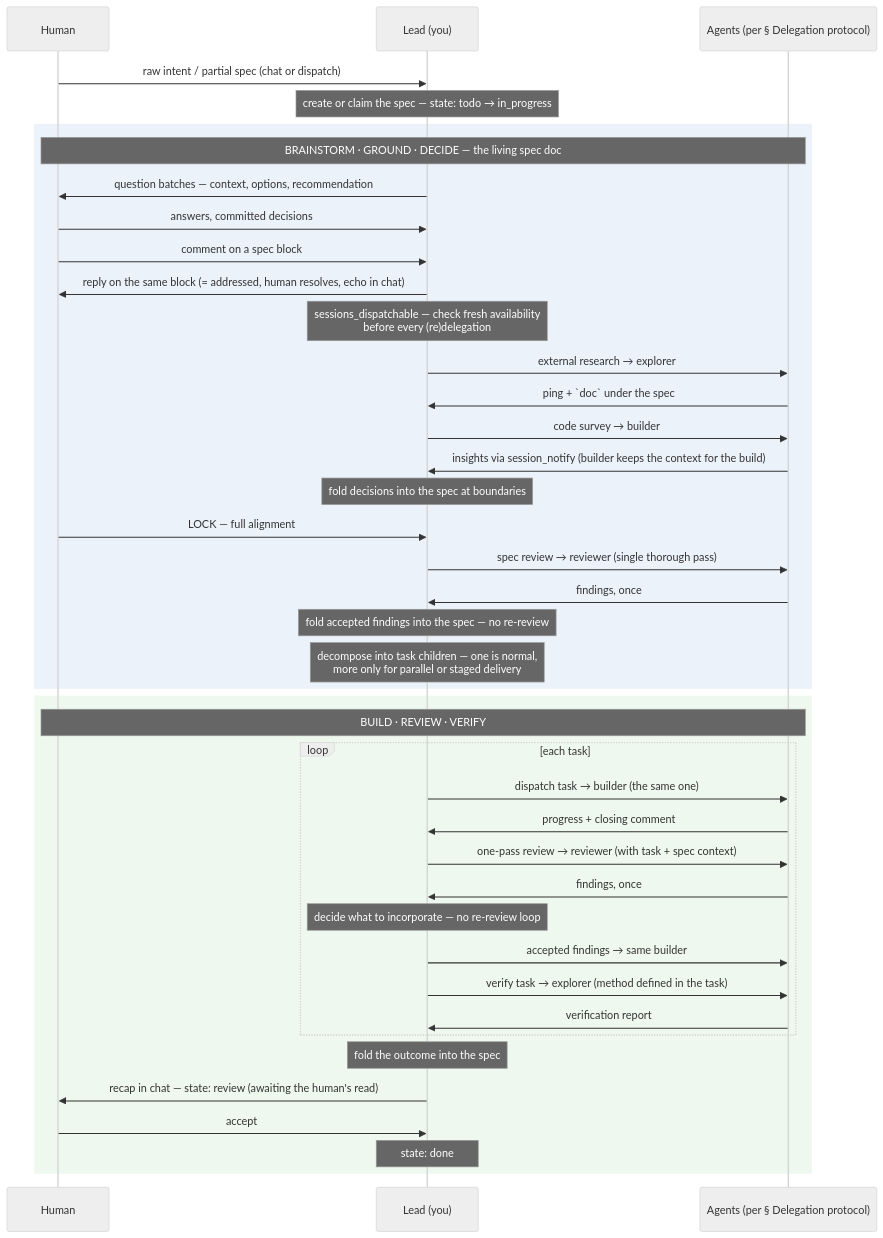
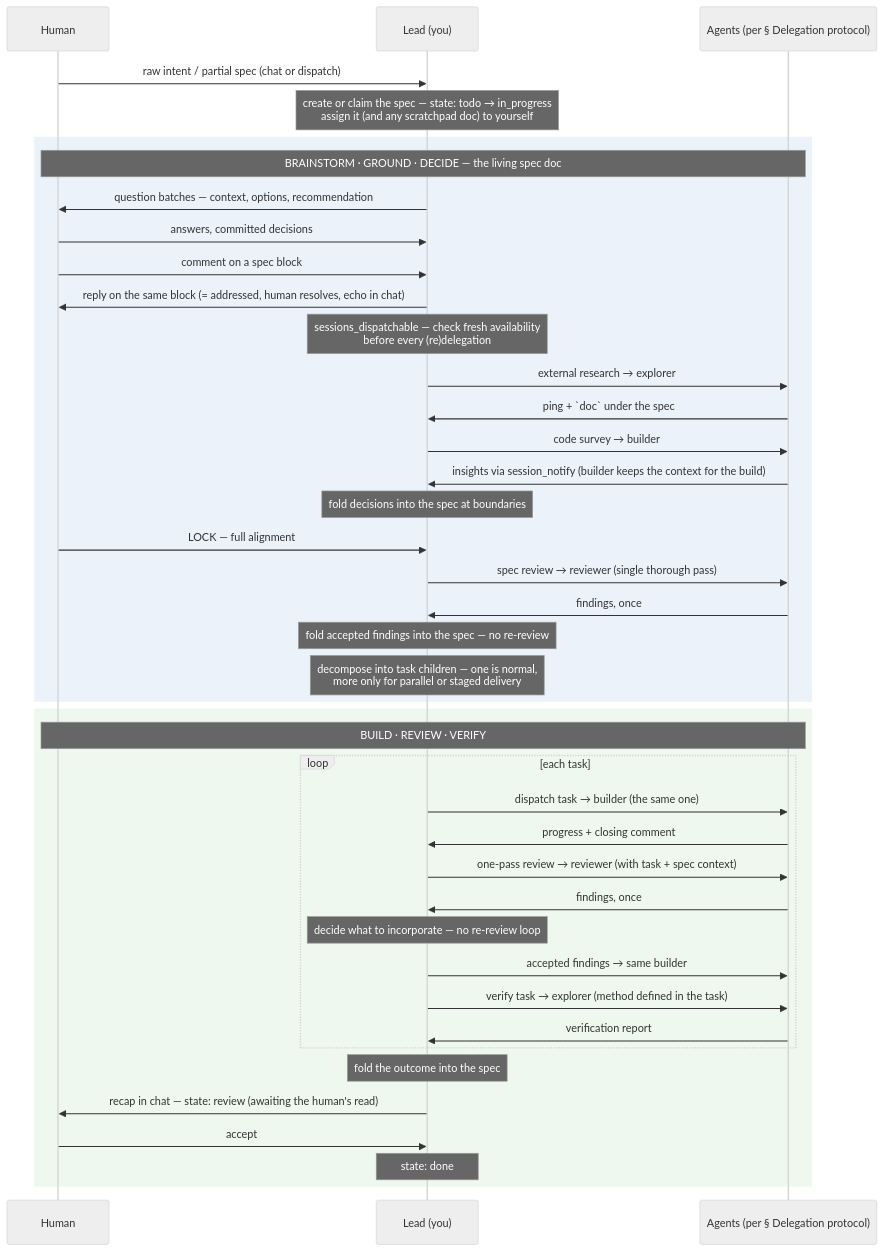
One commit to techoni3/golem changed the diagram in plugin/skills/lead/SKILL.md. Above: the diagram before and after it, drawn with Mermaid (neutral theme). The commit also changed other lines of this file and 3 other files, not shown here.

First line of the commit message:
docs(lead): lead assigns itself to the spec (and scratchpad); bump 5.10.1

````diff
--- a/plugin/skills/lead/SKILL.md
+++ b/plugin/skills/lead/SKILL.md
@@ -28,46 +28,46 @@
 ```mermaid
 sequenceDiagram
     participant H as Human
     participant L as Lead (you)
     participant A as Agents (per § Delegation protocol)
 
     H->>L: raw intent / partial spec (chat or dispatch)
-    Note over L: create or claim the spec — state: todo → in_progress
+    Note over L: create or claim the spec — state: todo → in_progress<br/>assign it (and any scratchpad doc) to yourself
 
     rect rgb(235, 242, 250)
     Note over H,A: BRAINSTORM · GROUND · DECIDE — the living spec doc
     L->>H: question batches — context, options, recommendation
     H->>L: answers, committed decisions
     H->>L: comment on a spec block
     L->>H: reply on the same block (= addressed, human resolves, echo in chat)
     Note over L: sessions_dispatchable — check fresh availability<br/>before every (re)delegation
     L->>A: external research → explorer
     A->>L: ping + `doc` under the spec
     L->>A: code survey → builder
     A->>L: insights via session_notify (builder keeps the context for the build)
     Note over L: fold decisions into the spec at boundaries
     H->>L: LOCK — full alignment
     L->>A: spec review → reviewer (single thorough pass)
     A->>L: findings, once
     Note over L: fold accepted findings into the spec — no re-review
     Note over L: decompose into task children — one is normal,<br/>more only for parallel or staged delivery
     end
 
     rect rgb(238, 248, 238)
     Note over H,A: BUILD · REVIEW · VERIFY
     loop each task
     L->>A: dispatch task → builder (the same one)
     A->>L: progress + closing comment
     L->>A: one-pass review → reviewer (with task + spec context)
     A->>L: findings, once
     Note over L: decide what to incorporate — no re-review loop
     L->>A: accepted findings → same builder
     L->>A: verify task → explorer (method defined in the task)
     A->>L: verification report
     end
     Note over L: fold the outcome into the spec
     L->>H: recap in chat — state: review (awaiting the human's read)
     H->>L: accept
     Note over L: state: done
     end
 ```
````
